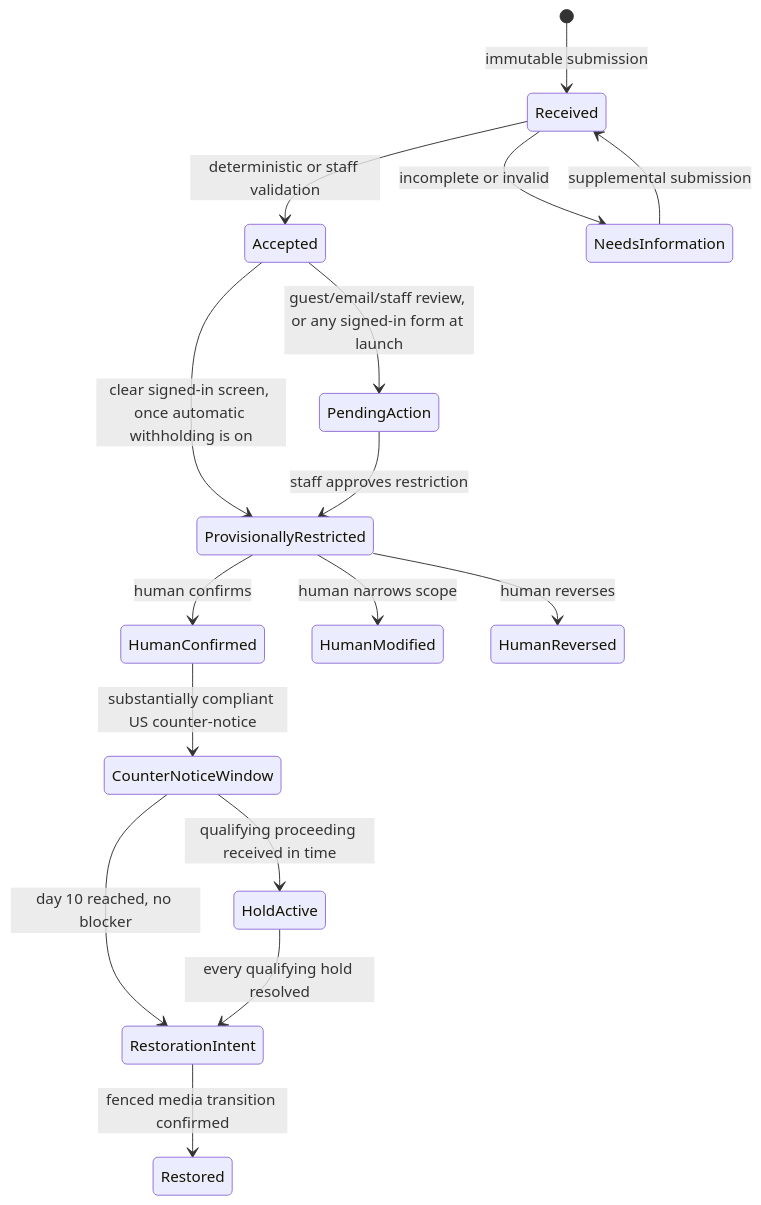
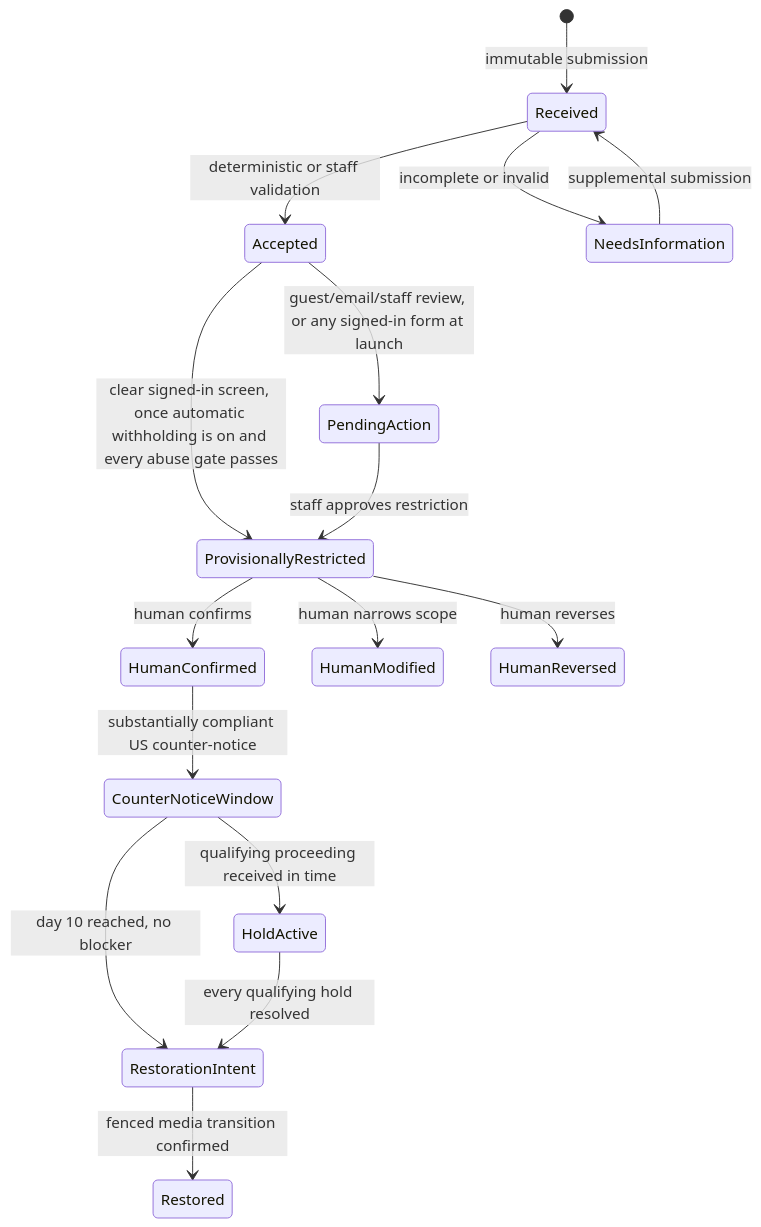
The diagram in docs/requirements/moderation/COPYRIGHT-NOTICES.md (vouchington/vouchington), drawn with Mermaid before and after one commit. The commit also changed other lines of this file and 72 other files, not shown here.

````diff
--- a/docs/requirements/moderation/COPYRIGHT-NOTICES.md
+++ b/docs/requirements/moderation/COPYRIGHT-NOTICES.md
@@ -159,18 +159,18 @@
 ```mermaid
 stateDiagram-v2
   [*] --> Received: immutable submission
   Received --> Accepted: deterministic or staff validation
   Received --> NeedsInformation: incomplete or invalid
   NeedsInformation --> Received: supplemental submission
   Accepted --> PendingAction: guest/email/staff review, or any signed-in form at launch
-  Accepted --> ProvisionallyRestricted: clear signed-in screen, once automatic withholding is on
+  Accepted --> ProvisionallyRestricted: clear signed-in screen, once automatic withholding is on and every abuse gate passes
   PendingAction --> ProvisionallyRestricted: staff approves restriction
   ProvisionallyRestricted --> HumanConfirmed: human confirms
   ProvisionallyRestricted --> HumanModified: human narrows scope
   ProvisionallyRestricted --> HumanReversed: human reverses
   HumanConfirmed --> CounterNoticeWindow: substantially compliant US counter-notice
   CounterNoticeWindow --> HoldActive: qualifying proceeding received in time
   CounterNoticeWindow --> RestorationIntent: day 10 reached, no blocker
   HoldActive --> RestorationIntent: every qualifying hold resolved
   RestorationIntent --> Restored: fenced media transition confirmed
 ```
````
